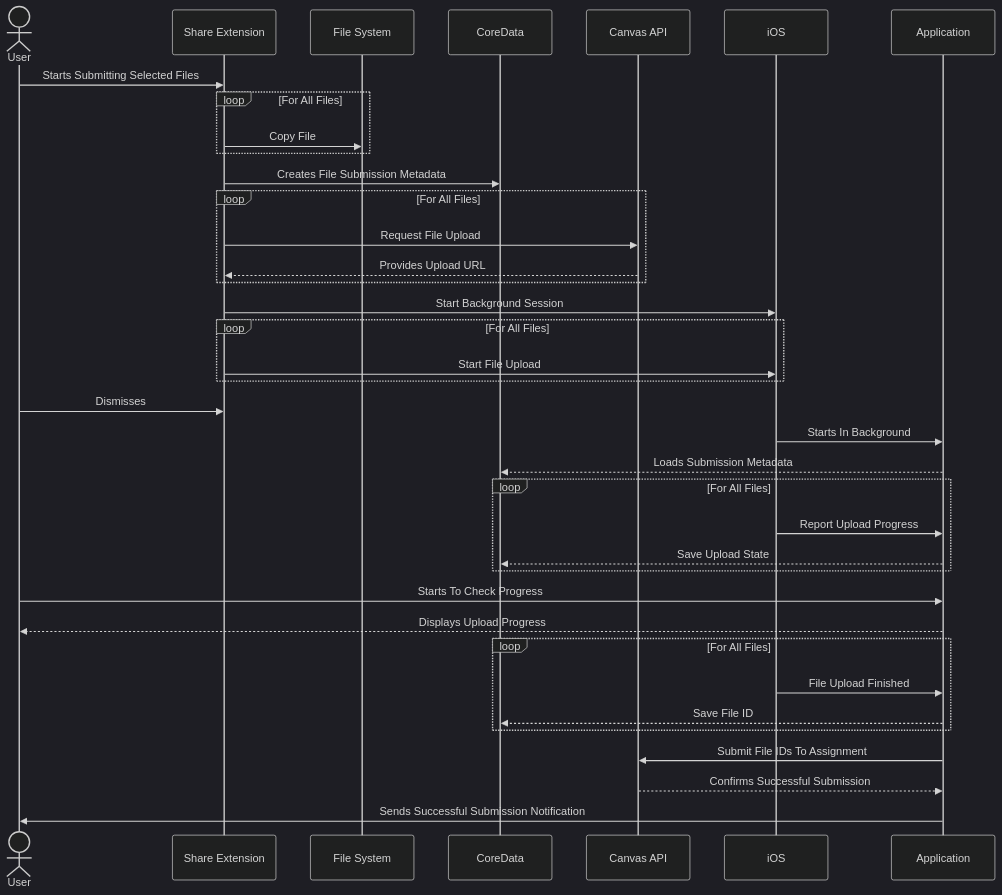
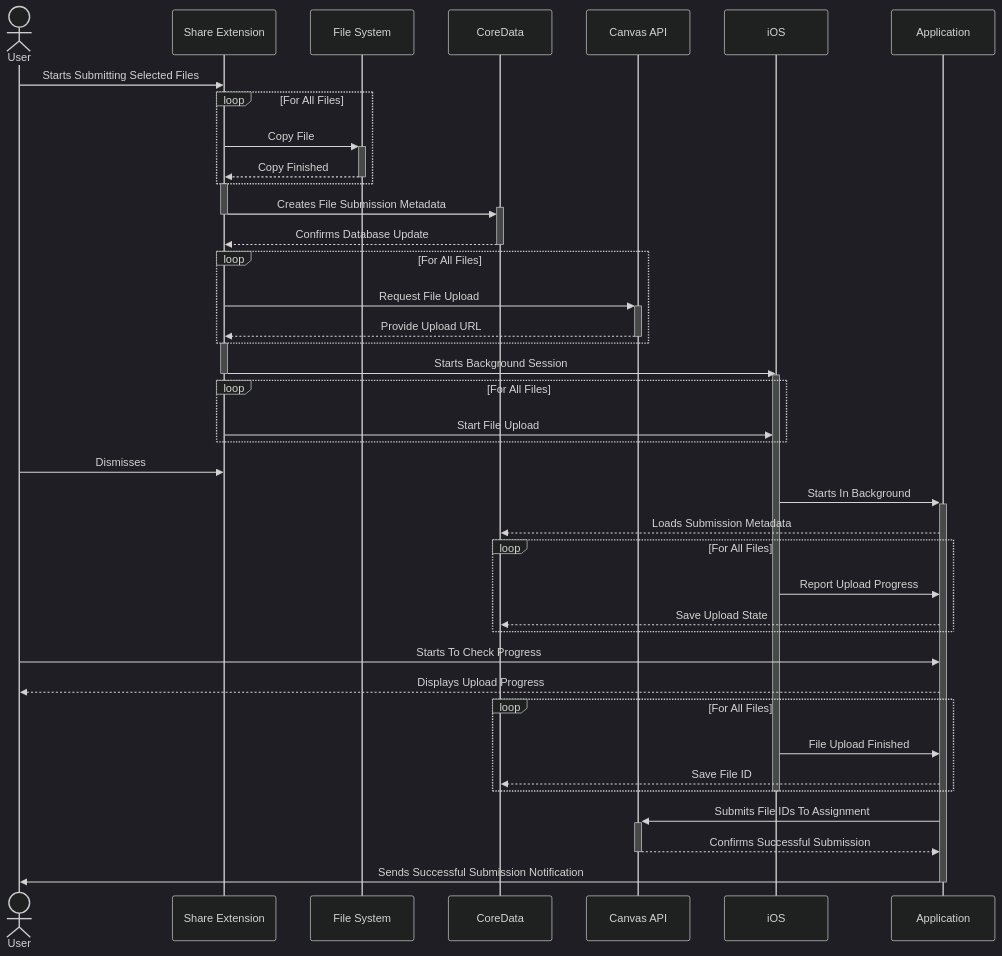
The first of 2 diagrams in Core/Core/Files/FileSubmission/README.md (instructure/canvas-ios), drawn with Mermaid (dark theme) before and after one commit. The commit also changed other lines of this file, not shown here.

Commit message:
Add class diagram to readme.

````diff
--- a/Core/Core/Files/FileSubmission/README.md
+++ b/Core/Core/Files/FileSubmission/README.md
@@ -4,33 +4,50 @@
 ```mermaid
 sequenceDiagram
     actor User
+    participant Share Extension
+    participant File System
+    participant CoreData
+    participant Canvas API
+    participant iOS
+    participant Application
     User->>Share Extension: Starts Submitting Selected Files
     loop For All Files
-        Share Extension->>File System: Copy File
+        Share Extension->>+File System: Copy File
+        File System-->>-Share Extension: Copy Finished
     end
-    Share Extension->>CoreData: Creates File Submission Metadata
+    activate Share Extension
+    Share Extension->>+CoreData: Creates File Submission Metadata
+    deactivate Share Extension
+    CoreData-->>-Share Extension: Confirms Database Update
+    
     loop For All Files
-        Share Extension->>Canvas API: Request File Upload
-        Canvas API-->>Share Extension: Provides Upload URL
+        Share Extension->>+Canvas API: Request File Upload
+        Canvas API-->>-Share Extension: Provide Upload URL
     end
-    Share Extension->>iOS: Start Background Session
+    activate Share Extension
+    Share Extension->>iOS: Starts Background Session
+    deactivate Share Extension
+    activate iOS
     loop For All Files
         Share Extension->>iOS: Start File Upload
     end
     User->>Share Extension: Dismisses
-    iOS->>Application: Starts In Background
+    iOS->>+Application: Starts In Background
+    
     Application-->>CoreData: Loads Submission Metadata
     loop For All Files
         iOS->>Application: Report Upload Progress
         Application-->>CoreData: Save Upload State
     end
     User->>Application: Starts To Check Progress
     Application-->>User: Displays Upload Progress
     loop For All Files
         iOS->>Application: File Upload Finished
         Application-->>CoreData: Save File ID
     end
-    Application->>Canvas API: Submit File IDs To Assignment
-    Canvas API-->>Application: Confirms Successful Submission
+    deactivate iOS
+    Application->>+Canvas API: Submits File IDs To Assignment
+    Canvas API-->>-Application: Confirms Successful Submission
     Application->>User: Sends Successful Submission Notification
+    deactivate Application
 ```
````
